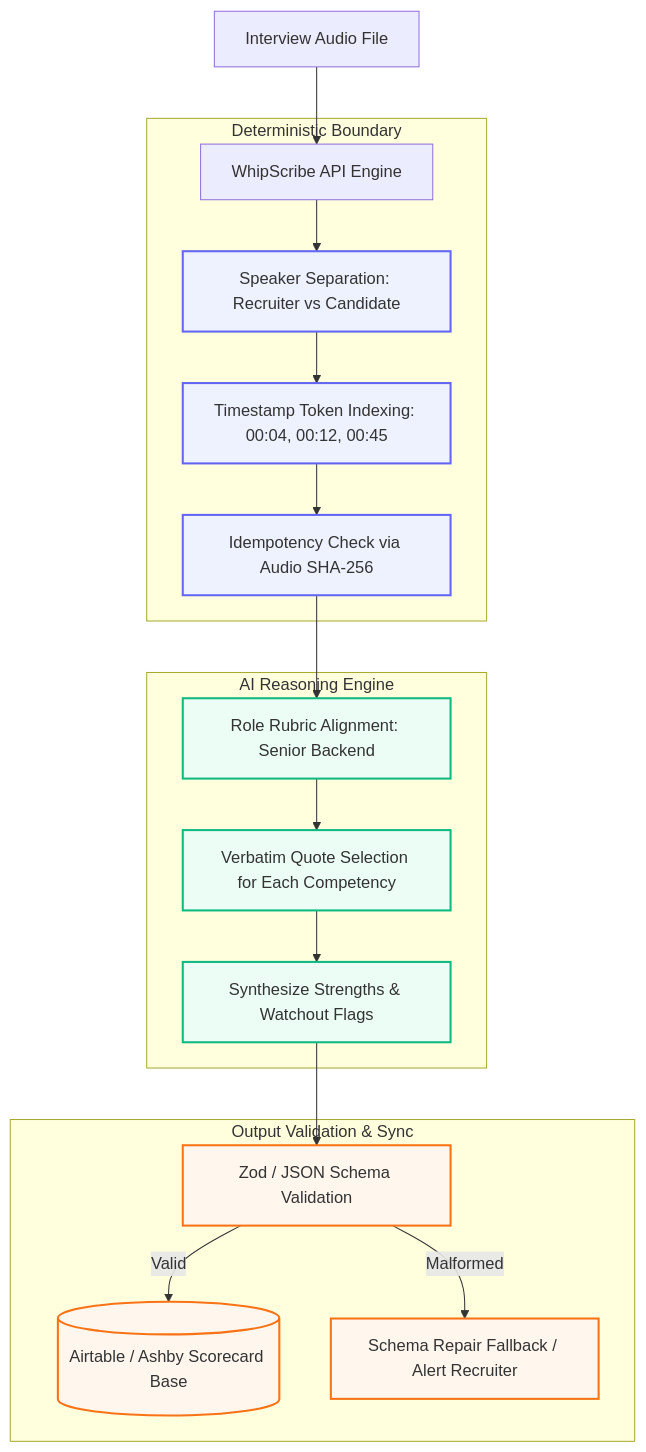
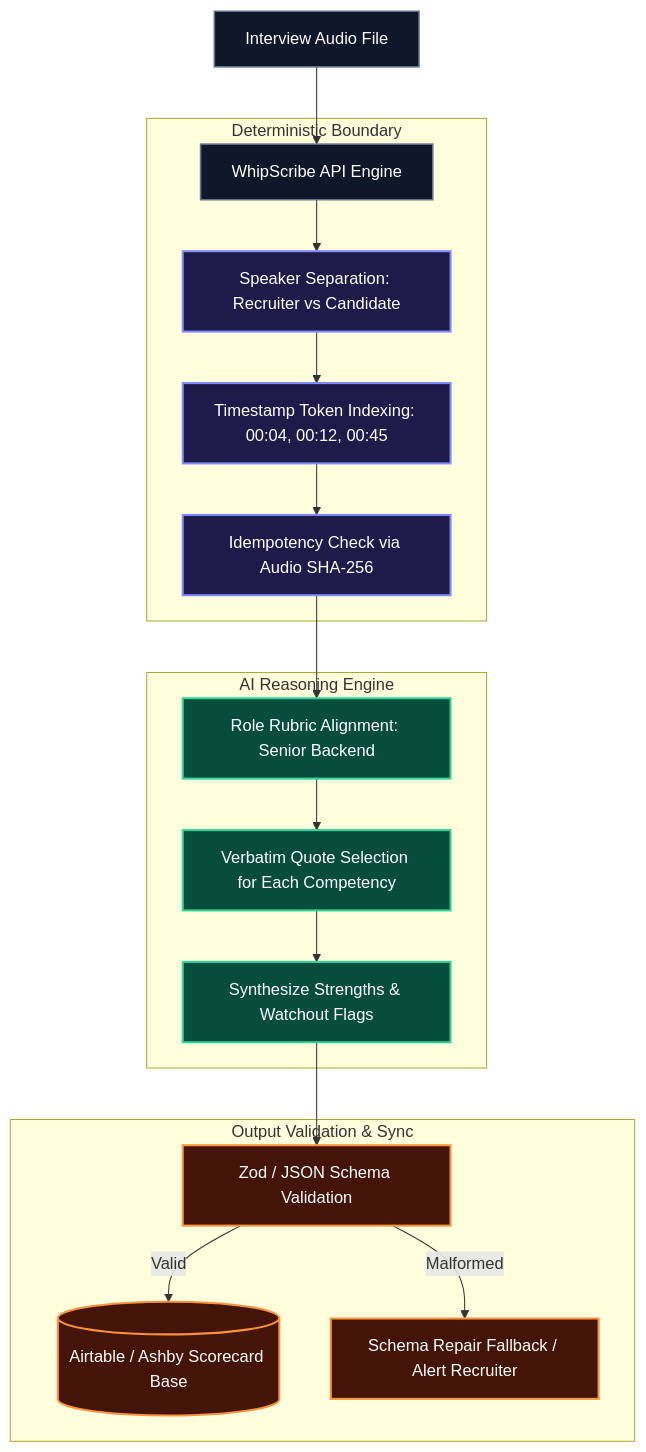
Before and after one commit to FARINATTAR/whipscribe-buildathon: the diagram in apps/farin/track4-workflow/README.md, drawn with Mermaid.

Commit message:
docs: fix Mermaid contrast with dark theme nodes and crisp white text

````diff
--- a/apps/farin/track4-workflow/README.md
+++ b/apps/farin/track4-workflow/README.md
@@ -101,29 +101,30 @@
 ```mermaid
 flowchart TD
     A[Interview Audio File] --> B[WhipScribe API Engine]
     
     subgraph Deterministic Boundary
         B --> C[Speaker Separation: Recruiter vs Candidate]
         C --> D[Timestamp Token Indexing: 00:04, 00:12, 00:45]
         D --> E[Idempotency Check via Audio SHA-256]
     end
     
     subgraph AI Reasoning Engine
         E --> F[Role Rubric Alignment: Senior Backend]
         F --> G[Verbatim Quote Selection for Each Competency]
         G --> H[Synthesize Strengths & Watchout Flags]
     end
     
     subgraph Output Validation & Sync
         H --> I[Zod / JSON Schema Validation]
         I -->|Valid| J[(Airtable / Ashby Scorecard Base)]
         I -->|Malformed| K[Schema Repair Fallback / Alert Recruiter]
     end
 
-    classDef det fill:#eef2ff,stroke:#6366f1,stroke-width:2px;
-    classDef ai fill:#ecfdf5,stroke:#10b981,stroke-width:2px;
-    classDef out fill:#fff7ed,stroke:#f97316,stroke-width:2px;
+    classDef default fill:#0f172a,stroke:#64748b,stroke-width:1.5px,color:#ffffff;
+    classDef det fill:#1e1b4b,stroke:#818cf8,stroke-width:2px,color:#ffffff;
+    classDef ai fill:#064e3b,stroke:#34d399,stroke-width:2px,color:#ffffff;
+    classDef out fill:#431407,stroke:#fb923c,stroke-width:2px,color:#ffffff;
     class C,D,E det;
     class F,G,H ai;
     class I,J,K out;
 ```
````
